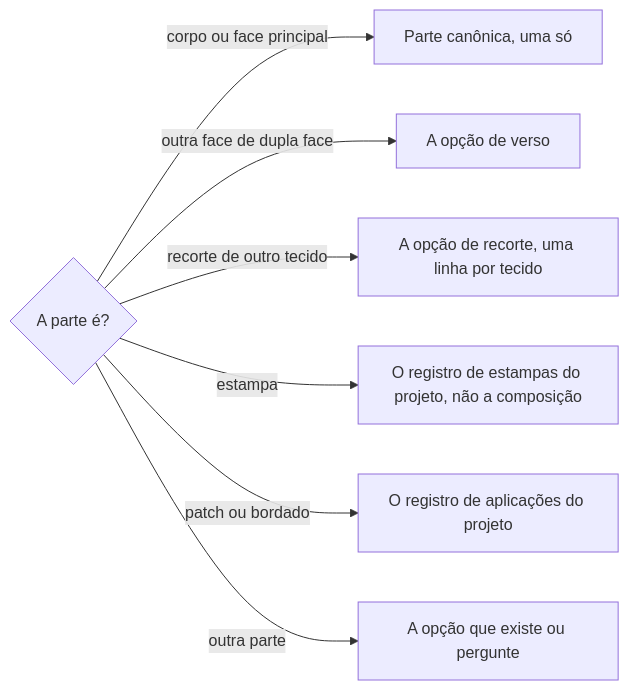
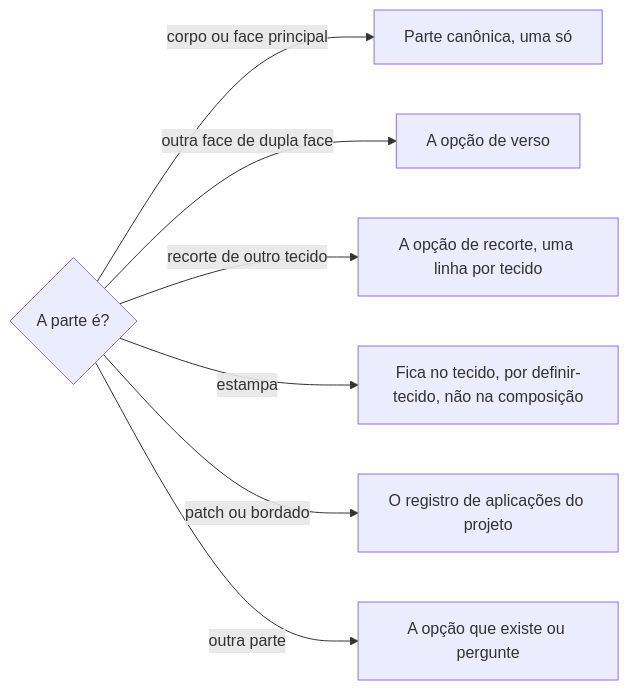
The diagram in .agents/skills/definir-composicao-textil/SKILL.md (jimmyandrade/harness), drawn with Mermaid before and after one commit. The commit also changed other lines of this file and 4 other files, not shown here.

````diff
--- a/.agents/skills/definir-composicao-textil/SKILL.md
+++ b/.agents/skills/definir-composicao-textil/SKILL.md
@@ -48,9 +48,9 @@
 ```mermaid
 flowchart LR
   Q{A parte é?} -->|corpo ou face principal| F[Parte canônica, uma só]
   Q -->|outra face de dupla face| V[A opção de verso]
   Q -->|recorte de outro tecido| P[A opção de recorte, uma linha por tecido]
-  Q -->|estampa| E[O registro de estampas do projeto, não a composição]
+  Q -->|estampa| E[Fica no tecido, por definir-tecido, não na composição]
   Q -->|patch ou bordado| A[O registro de aplicações do projeto]
   Q -->|outra parte| O[A opção que existe ou pergunte]
 ```
````
